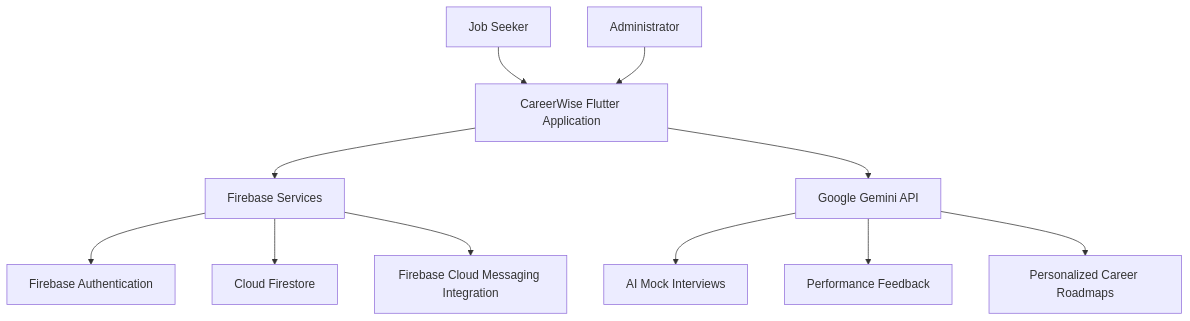
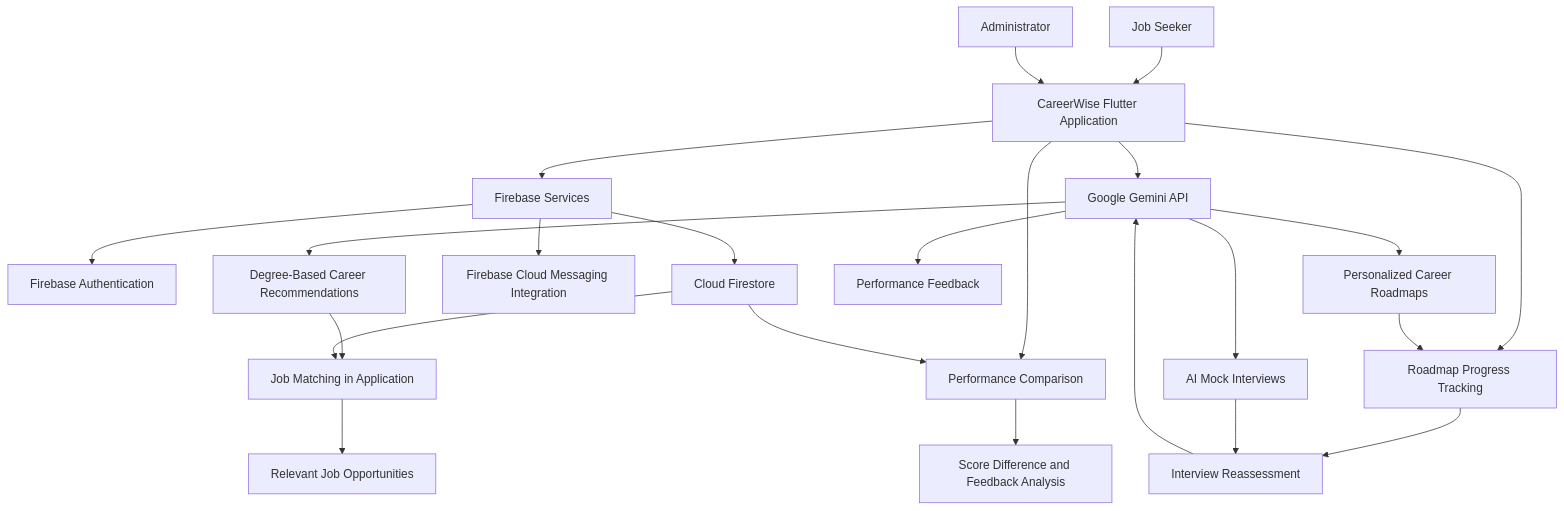
One commit to Tharaka234/careerwise-ai changed the first of 3 diagrams in README.md. Above: the diagram before and after it, drawn with Mermaid. The commit also changed other lines of this file, not shown here.

First line of the commit message:
Revise README for updated CareerWise features

````diff
--- a/README.md
+++ b/README.md
@@ -73,13 +95,25 @@
 ```mermaid
 flowchart TD
     U[Job Seeker] --> A[CareerWise Flutter Application]
     AD[Administrator] --> A
     A --> F[Firebase Services]
     A --> G[Google Gemini API]
     F --> AU[Firebase Authentication]
     F --> DB[Cloud Firestore]
     F --> N[Firebase Cloud Messaging Integration]
+    G --> CR[Degree-Based Career Recommendations]
+    CR --> JM[Job Matching in Application]
+    DB --> JM
+    JM --> JL[Relevant Job Opportunities]
     G --> Q[AI Mock Interviews]
     G --> R[Performance Feedback]
     G --> C[Personalized Career Roadmaps]
+    A --> T[Roadmap Progress Tracking]
+    C --> T
+    T --> X[Interview Reassessment]
+    Q --> X
+    X --> G
+    A --> P[Performance Comparison]
+    DB --> P
+    P --> V[Score Difference and Feedback Analysis]
 ```
````
